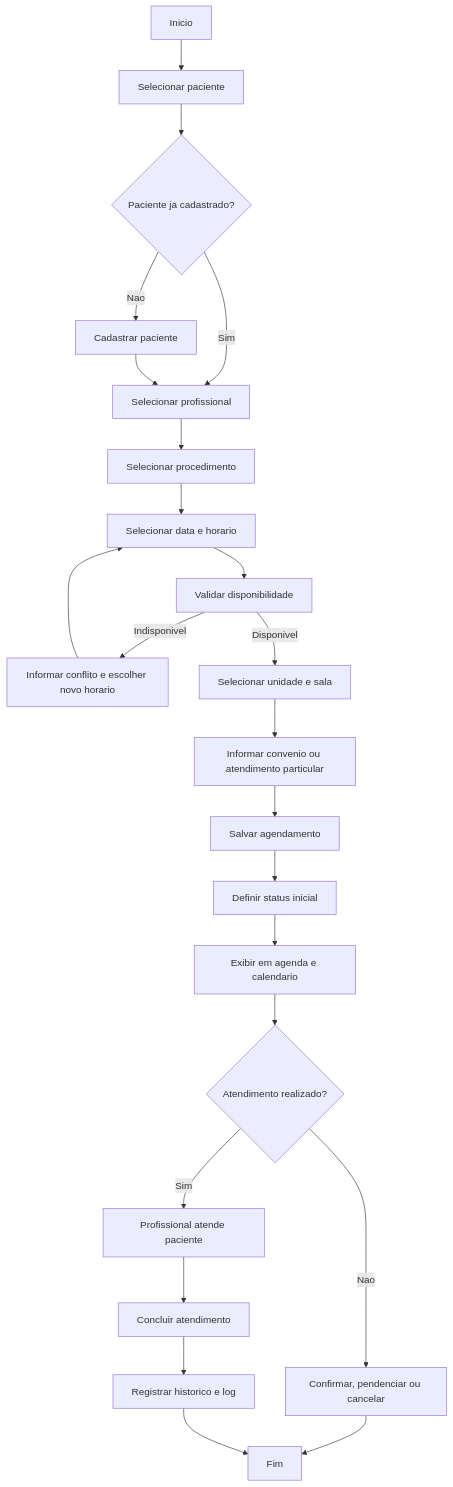
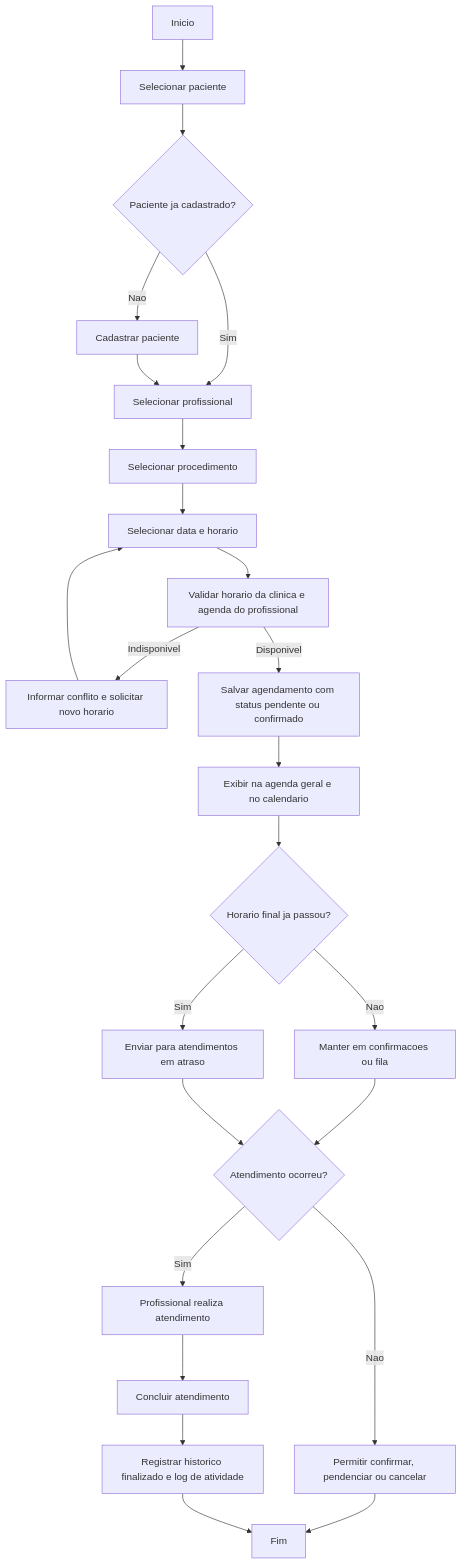
The fourth of 4 diagrams in docs/requisitos-e-diagramas.md (Thiagoferreira2002/SISTEMA-DE-AGENDAMENTO-WEB), drawn with Mermaid before and after one commit. The commit also changed other lines of this file and 61 other files, not shown here.

````diff
--- a/docs/requisitos-e-diagramas.md
+++ b/docs/requisitos-e-diagramas.md
@@ -229,25 +298,26 @@
 ```mermaid
 flowchart TD
     A[Inicio] --> B[Selecionar paciente]
     B --> C{Paciente ja cadastrado?}
     C -- Nao --> D[Cadastrar paciente]
     C -- Sim --> E[Selecionar profissional]
     D --> E
     E --> F[Selecionar procedimento]
     F --> G[Selecionar data e horario]
-    G --> H[Validar disponibilidade]
-    H -- Indisponivel --> I[Informar conflito e escolher novo horario]
+    G --> H[Validar horario da clinica e agenda do profissional]
+    H -- Indisponivel --> I[Informar conflito e solicitar novo horario]
     I --> G
-    H -- Disponivel --> J[Selecionar unidade e sala]
-    J --> K[Informar convenio ou atendimento particular]
-    K --> L[Salvar agendamento]
-    L --> M[Definir status inicial]
-    M --> N[Exibir em agenda e calendario]
-    N --> O{Atendimento realizado?}
-    O -- Nao --> P[Confirmar, pendenciar ou cancelar]
-    P --> Q[Fim]
-    O -- Sim --> R[Profissional atende paciente]
-    R --> S[Concluir atendimento]
-    S --> T[Registrar historico e log]
-    T --> Q[Fim]
+    H -- Disponivel --> J[Salvar agendamento com status pendente ou confirmado]
+    J --> L[Exibir na agenda geral e no calendario]
+    L --> M{Horario final ja passou?}
+    M -- Nao --> N[Manter em confirmacoes ou fila]
+    M -- Sim --> O[Enviar para atendimentos em atraso]
+    N --> P{Atendimento ocorreu?}
+    O --> P
+    P -- Nao --> Q[Permitir confirmar, pendenciar ou cancelar]
+    Q --> R[Fim]
+    P -- Sim --> S[Profissional realiza atendimento]
+    S --> T[Concluir atendimento]
+    T --> U[Registrar historico finalizado e log de atividade]
+    U --> R[Fim]
 ```
````
